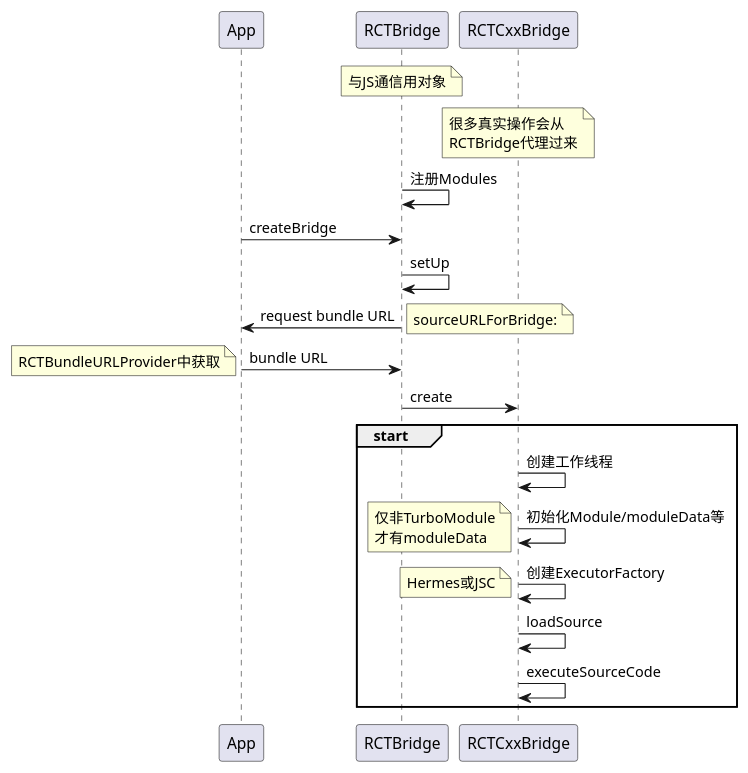
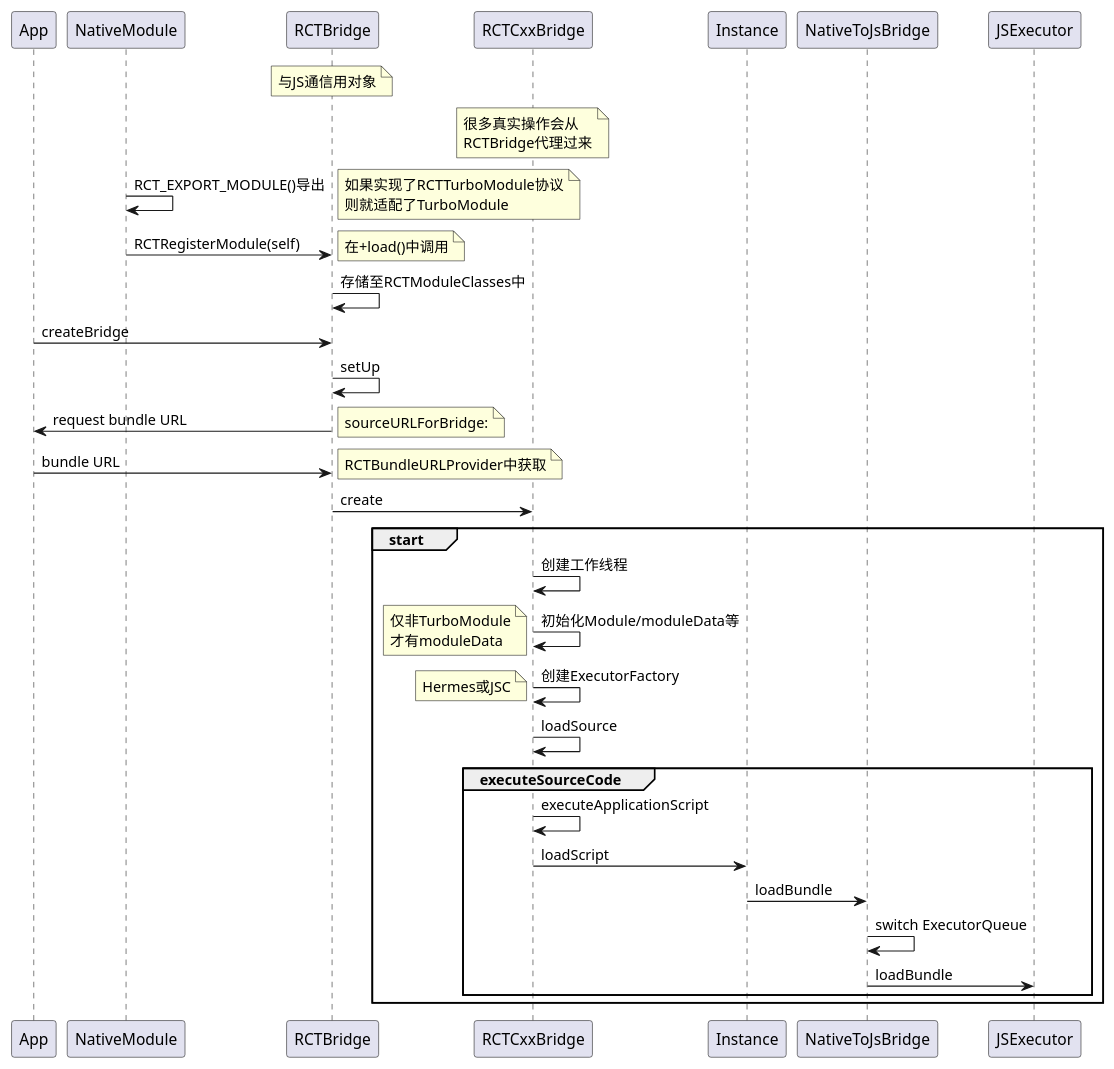
The first of 2 diagrams in DevPlatform/RN/flow.puml (matthewyan/matthewyan.github.io), drawn with PlantUML before and after one commit. The commit also changed other lines of this file and 5 other files, not shown here.

```diff
--- a/DevPlatform/RN/flow.puml
+++ b/DevPlatform/RN/flow.puml
@@ -3,33 +3,48 @@
 @startuml Bundle加载时序
 
 participant App
+participant NativeModule
 participant RCTBridge
 participant RCTCxxBridge
+participant Instance
+participant NativeToJsBridge
+participant JSExecutor
 
 note over RCTBridge: 与JS通信用对象
 note over RCTCxxBridge: 很多真实操作会从\nRCTBridge代理过来
 
-RCTBridge -> RCTBridge: 注册Modules
+NativeModule -> NativeModule: RCT_EXPORT_MODULE()导出
+note right: 如果实现了RCTTurboModule协议\n则就适配了TurboModule
+NativeModule -> RCTBridge: RCTRegisterModule(self)
+note right: 在+load()中调用
+RCTBridge -> RCTBridge: 存储至RCTModuleClasses中
 
 App -> RCTBridge: createBridge
 RCTBridge -> RCTBridge: setUp
 RCTBridge -> App: request bundle URL
 note right: sourceURLForBridge:
 App -> RCTBridge: bundle URL
-note left: RCTBundleURLProvider中获取
+note right: RCTBundleURLProvider中获取
 
 RCTBridge -> RCTCxxBridge: create
 
 group start
 RCTCxxBridge -> RCTCxxBridge: 创建工作线程
 RCTCxxBridge -> RCTCxxBridge: 初始化Module/moduleData等
 note left: 仅非TurboModule\n才有moduleData
 RCTCxxBridge -> RCTCxxBridge: 创建ExecutorFactory
 note left: Hermes或JSC
 
 RCTCxxBridge -> RCTCxxBridge: loadSource
-RCTCxxBridge -> RCTCxxBridge: executeSourceCode
+
+    group executeSourceCode
+    RCTCxxBridge -> RCTCxxBridge: executeApplicationScript
+    RCTCxxBridge -> Instance: loadScript
+    Instance -> NativeToJsBridge: loadBundle
+    NativeToJsBridge -> NativeToJsBridge: switch ExecutorQueue
+    NativeToJsBridge -> JSExecutor: loadBundle
+    end
 
 end
 
 @enduml
```
